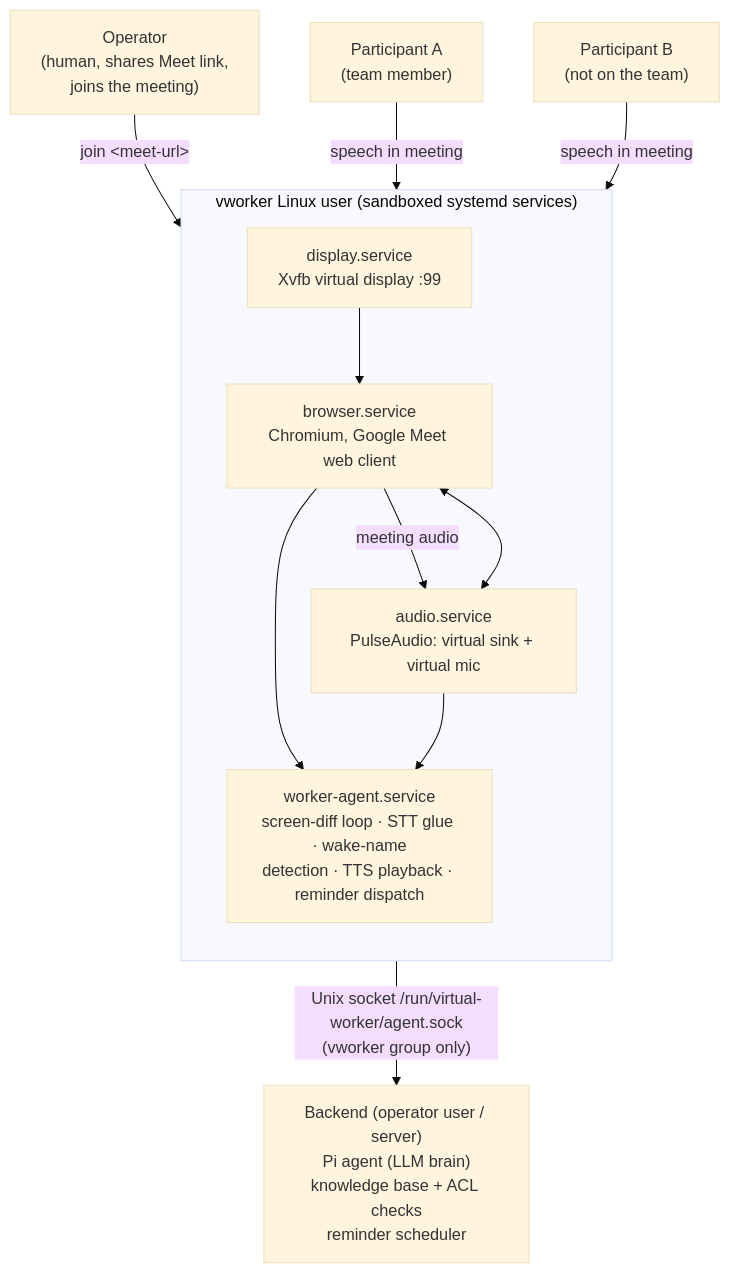
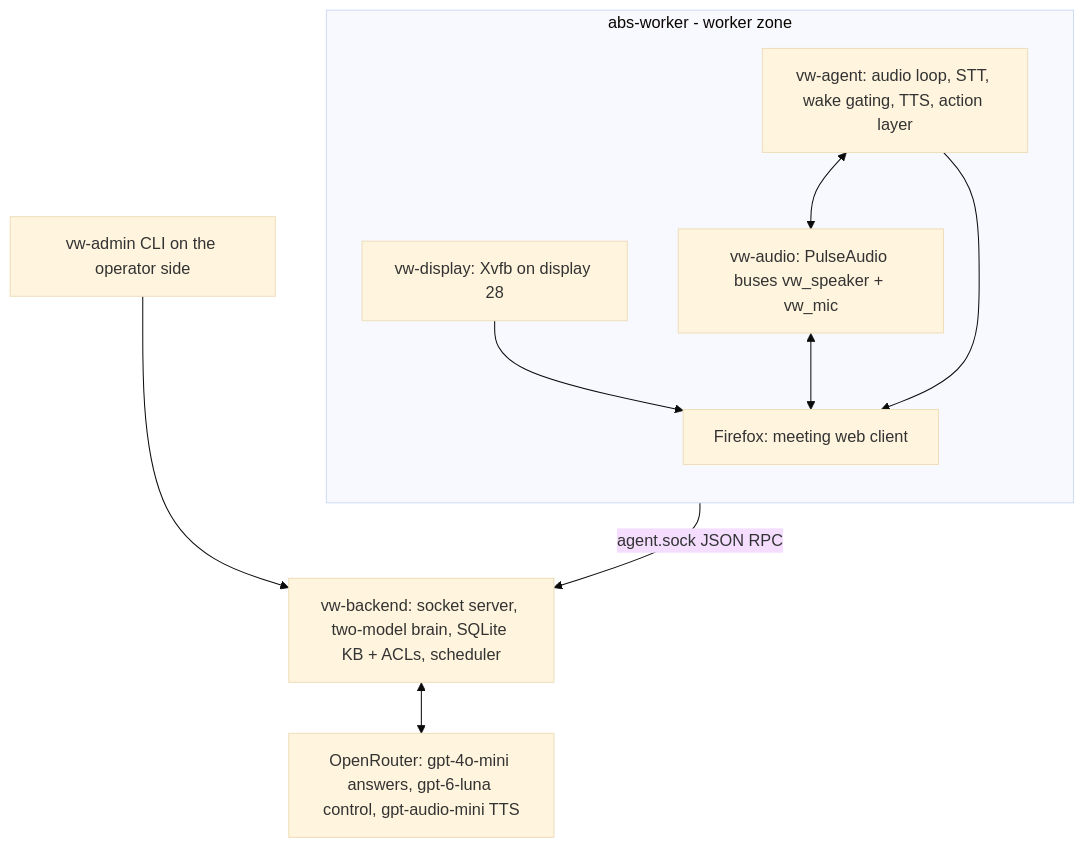
One commit to abstract-business-systems/virtual-worker changed the first of 5 diagrams in docs/design.md. Above: the diagram before and after it, drawn with Mermaid (base theme). The commit also changed other lines of this file and 1 other file, not shown here.

Commit message:
Docs: rewrite design.md to as-deployed state; add architecture.md with system, audio, gating, brain-loop, stop, and ACL diagrams

````diff
--- a/docs/design.md
+++ b/docs/design.md
@@ -66,26 +74,22 @@
 ```mermaid
 flowchart TB
-    subgraph VWORKER ["vworker Linux user (sandboxed systemd services)"]
+    subgraph WORKER ["abs-worker - worker zone"]
         direction TB
-        DISPLAY["display.service<br/>Xvfb virtual display :99"]
-        AUDIO["audio.service<br/>PulseAudio: virtual sink + virtual mic"]
-        BROWSER["browser.service<br/>Chromium, Google Meet web client"]
-        AGENT["worker-agent.service<br/>screen-diff loop · STT glue · wake-name<br/>detection · TTS playback · reminder dispatch"]
-        DISPLAY --> BROWSER
-        AUDIO <--> BROWSER
-        BROWSER --> AGENT
-        AUDIO --> AGENT
+        XVFB["vw-display: Xvfb on display 28"]
+        PULSE["vw-audio: PulseAudio buses vw_speaker + vw_mic"]
+        FIREFOX["Firefox: meeting web client"]
+        AGENT["vw-agent: audio loop, STT, wake gating, TTS, action layer"]
+        XVFB --> FIREFOX
+        PULSE <--> FIREFOX
+        AGENT <--> PULSE
+        AGENT --> FIREFOX
     end
 
-    OP["Operator<br/>(human, shares Meet link,<br/>joins the meeting)"]
-    P1["Participant A<br/>(team member)"]
-    P2["Participant B<br/>(not on the team)"]
+    BACKEND["vw-backend: socket server, two-model brain, SQLite KB + ACLs, scheduler"]
+    LLM["OpenRouter: gpt-4o-mini answers, gpt-6-luna control, gpt-audio-mini TTS"]
+    CLI["vw-admin CLI on the operator side"]
 
-    AGENT -- "Unix socket /run/virtual-worker/agent.sock<br/>(vworker group only)" --> BACKEND
-    BACKEND["Backend (operator user / server)<br/>Pi agent (LLM brain)<br/>knowledge base + ACL checks<br/>reminder scheduler"]
-
-    OP -- "join &lt;meet-url&gt;" --> AGENT
-    P1 -- "speech in meeting" --> BROWSER
-    P2 -- "speech in meeting" --> BROWSER
-    BROWSER -- "meeting audio" --> AUDIO
+    AGENT -- "agent.sock JSON RPC" --> BACKEND
+    BACKEND <--> LLM
+    CLI --> BACKEND
 ```
````
